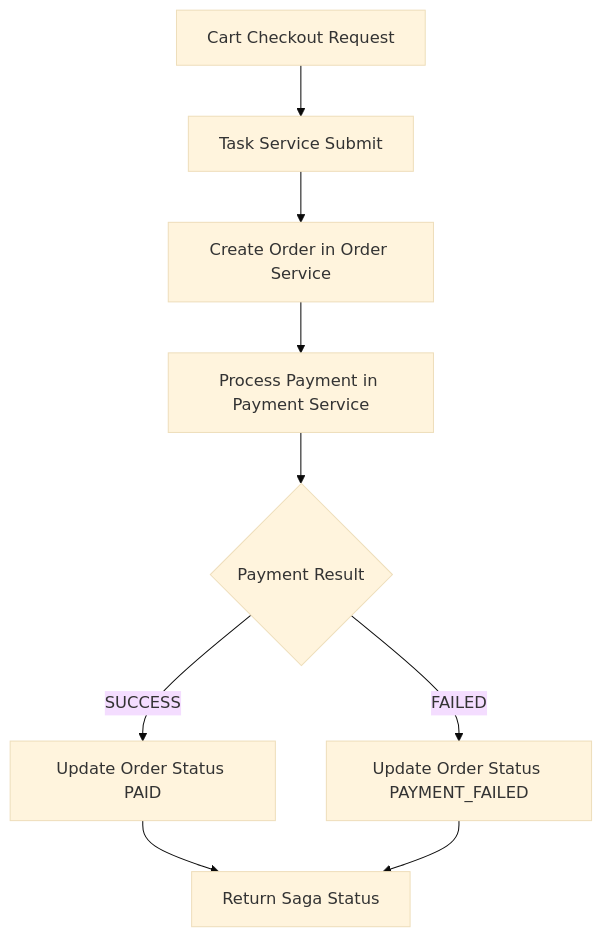
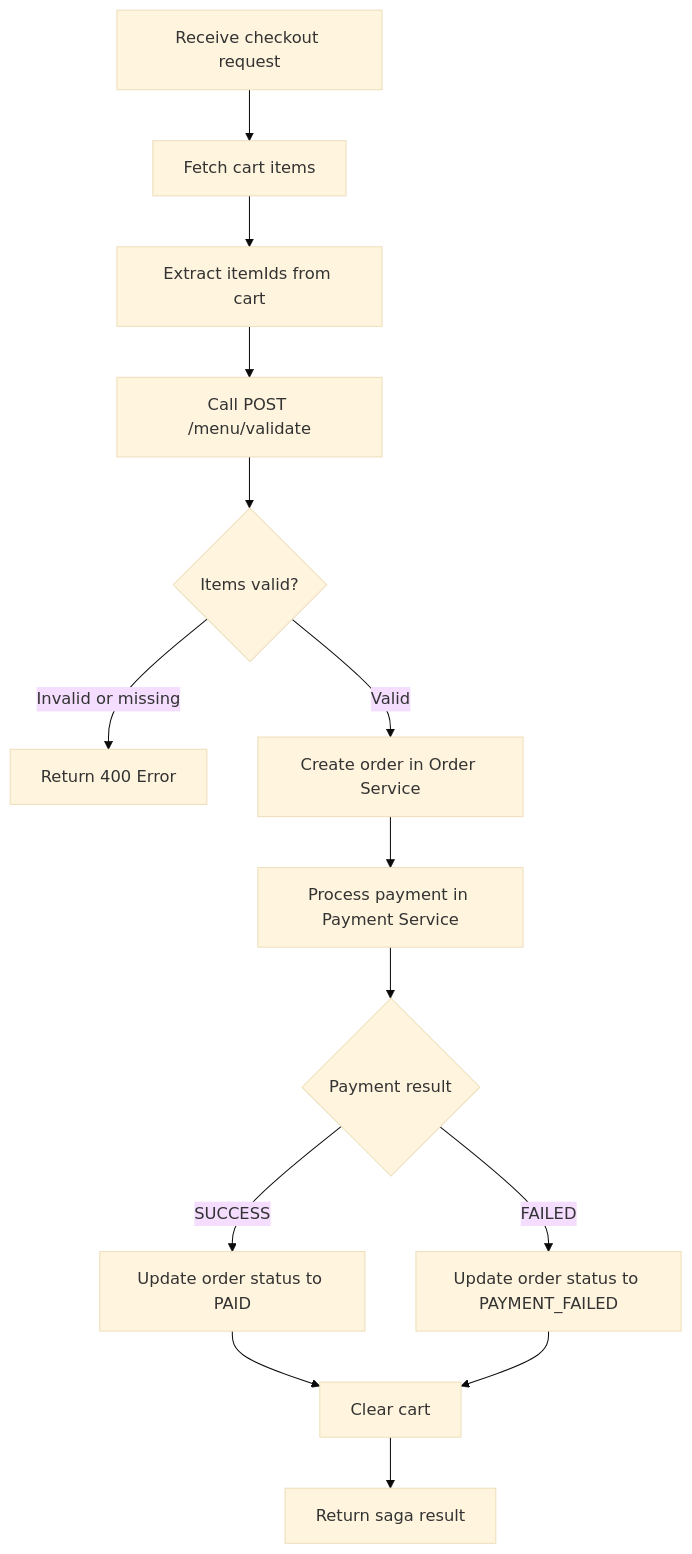
The third of 3 diagrams in docs/analysis-and-design.md (Dung1409/mid---proj), drawn with Mermaid (base theme) before and after one commit. The commit also changed other lines of this file and 19 other files, not shown here.

Commit message:
menu validate data + update docs

````diff
--- a/docs/analysis-and-design.md
+++ b/docs/analysis-and-design.md
@@ -145,11 +229,16 @@
 ```mermaid
 flowchart TD
-    A[Cart Checkout Request] --> B[Task Service Submit]
-    B --> C[Create Order in Order Service]
-    C --> D[Process Payment in Payment Service]
-    D --> E{Payment Result}
-    E -->|SUCCESS| F[Update Order Status PAID]
-    E -->|FAILED| G[Update Order Status PAYMENT_FAILED]
-    F --> H[Return Saga Status]
-    G --> H
+    A[Receive checkout request] --> B[Fetch cart items]
+    B --> C[Extract itemIds from cart]
+    C --> D[Call POST /menu/validate]
+    D --> E{Items valid?}
+    E -->|Invalid or missing| F[Return 400 Error]
+    E -->|Valid| G[Create order in Order Service]
+    G --> H[Process payment in Payment Service]
+    H --> I{Payment result}
+    I -->|SUCCESS| J[Update order status to PAID]
+    I -->|FAILED| K[Update order status to PAYMENT_FAILED]
+    J --> L[Clear cart]
+    K --> L
+    L --> M[Return saga result]
 ```
````
